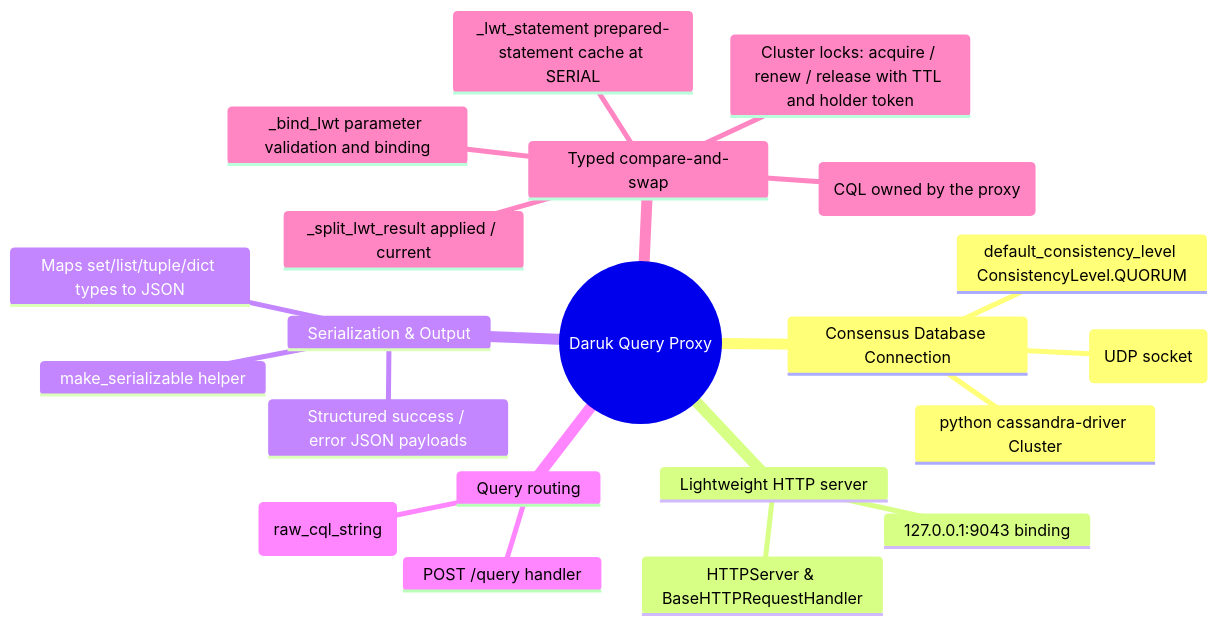
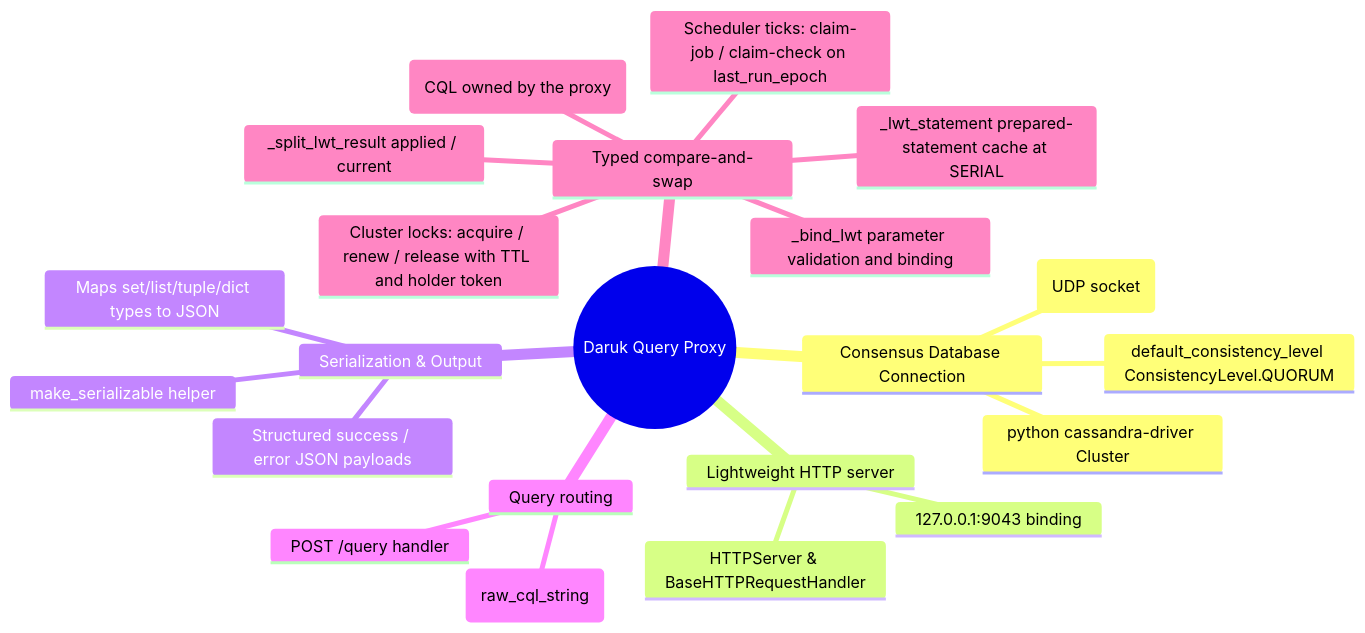
One commit to AuroraRyunix/Helios-HCI changed the diagram in docs/daruk_technical.md. Above: the diagram before and after it, drawn with Mermaid. The commit also changed other lines of this file and 37 other files, not shown here.

````diff
--- a/docs/daruk_technical.md
+++ b/docs/daruk_technical.md
@@ -7,24 +7,25 @@
 ```mermaid
 mindmap
   root((Daruk Query Proxy))
     Consensus Database Connection
       python cassandra-driver Cluster
       LOCAL_IP dynamic resolution (UDP socket)
       default_consistency_level ConsistencyLevel.QUORUM
     Lightweight HTTP server
       127.0.0.1:9043 binding
       HTTPServer & BaseHTTPRequestHandler
     Serialization & Output
       make_serializable helper
       Maps set/list/tuple/dict types to JSON
       Structured success / error JSON payloads
     Query routing
       POST /query handler
       session.execute(raw_cql_string)
     Typed compare-and-swap
       LWT_OPS operation table (CQL owned by the proxy)
       _bind_lwt parameter validation and binding
       _lwt_statement prepared-statement cache at SERIAL
       _split_lwt_result applied / current
       Cluster locks: acquire / renew / release with TTL and holder token
+      Scheduler ticks: claim-job / claim-check on last_run_epoch
 ```
````
